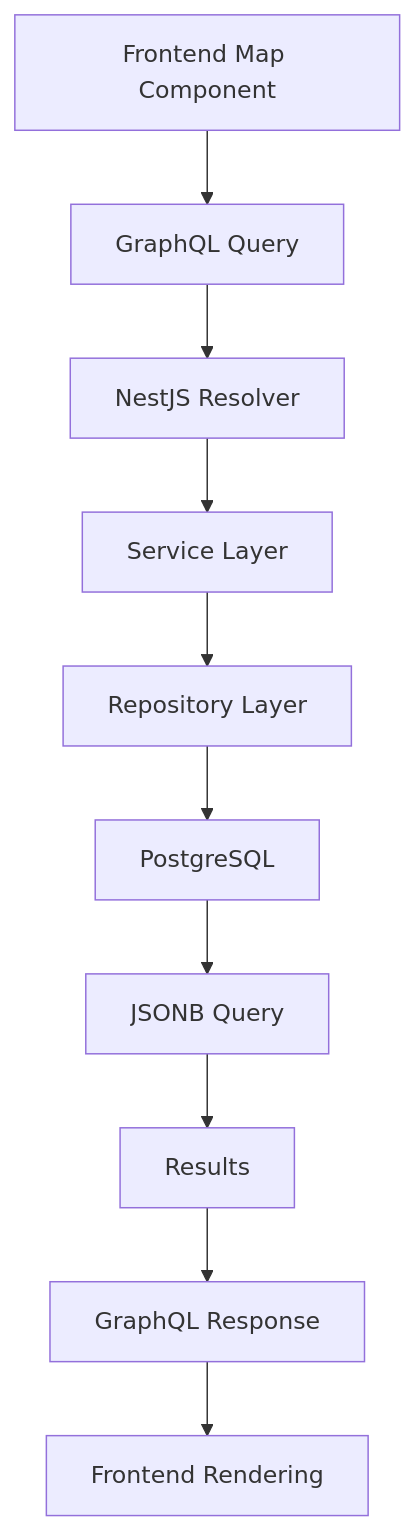
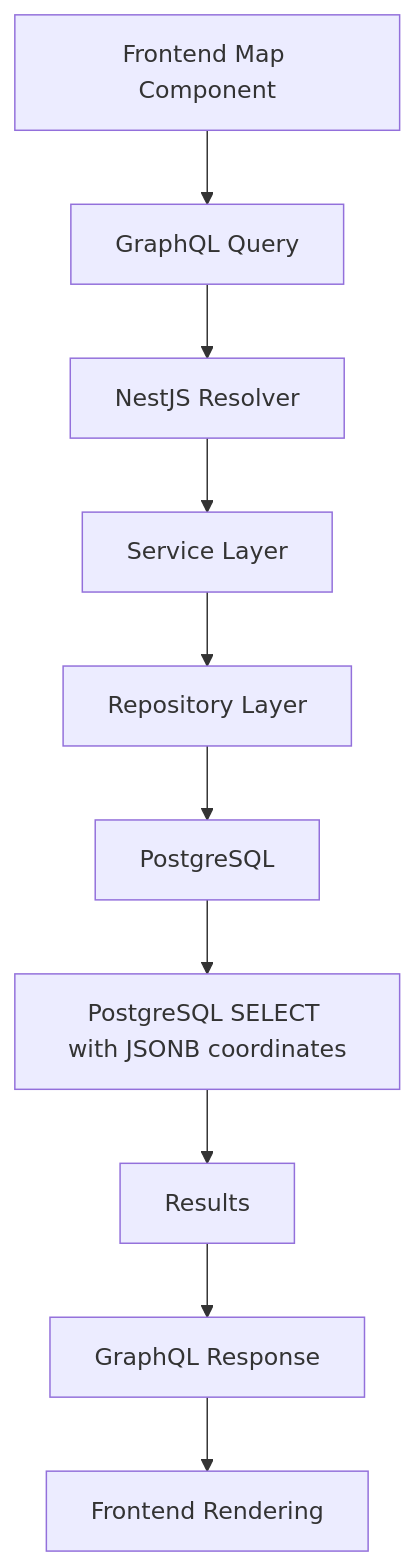
The first of 2 diagrams in docs/architecture/data-architecture.md (kmryst/terraform-hannibal), drawn with Mermaid before and after one commit. The commit also changed other lines of this file, not shown here.

First line of the commit message:
docs(adr): JSONB operator / GIN index の過大表現を実装状態に合わせる

````diff
--- a/docs/architecture/data-architecture.md
+++ b/docs/architecture/data-architecture.md
@@ -149,13 +149,13 @@
 ```mermaid
 graph TD
     A[Frontend Map Component] --> B[GraphQL Query]
     B --> C[NestJS Resolver]
     C --> D[Service Layer]
     D --> E[Repository Layer]
     E --> F[PostgreSQL]
     
-    F --> G[JSONB Query]
+    F --> G[PostgreSQL SELECT with JSONB coordinates]
     G --> I[Results]
     I --> J[GraphQL Response]
     J --> K[Frontend Rendering]
 ```
````
